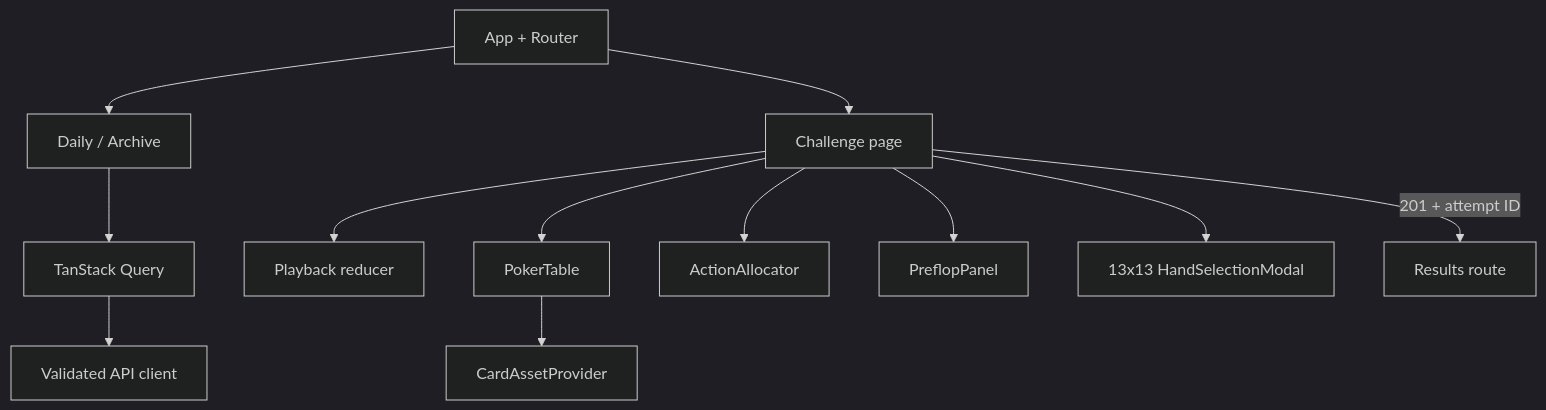
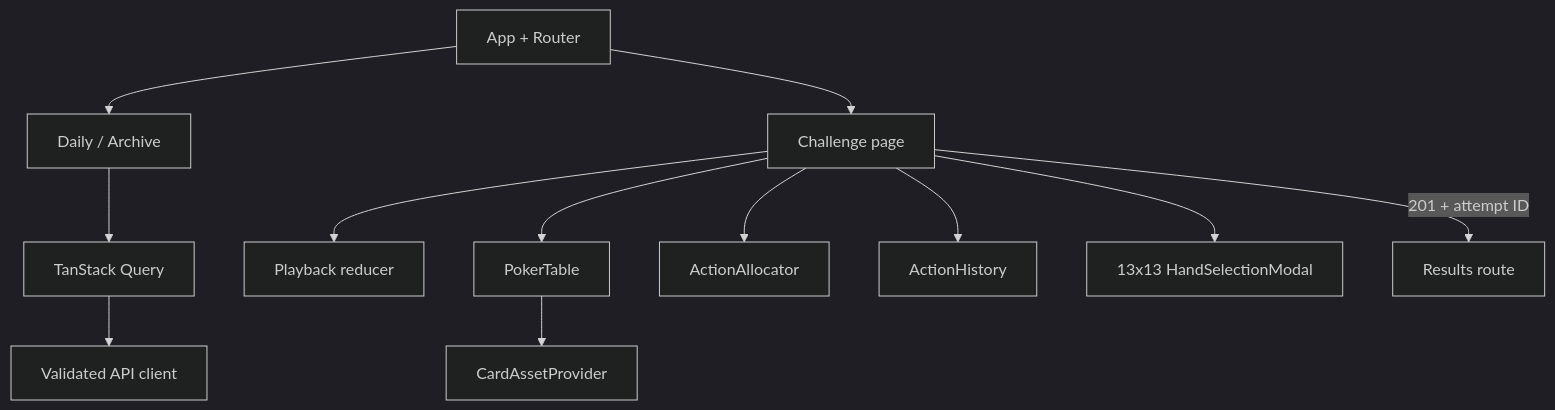
Before and after one commit to AnvithPabba/GTO-Poker-Daily-Spots-Front-End: the first of 4 diagrams in frontend-structure.md, drawn with Mermaid (dark theme). The commit also changed other lines of this file and 9 other files, not shown here.

Commit message:
feat(frontend): unify challenge action history

````diff
--- a/frontend-structure.md
+++ b/frontend-structure.md
@@ -15,14 +15,14 @@
 ```mermaid
 flowchart TD
     App[App + Router] --> Daily[Daily / Archive]
     App --> Challenge[Challenge page]
     Challenge --> Playback[Playback reducer]
     Challenge --> Table[PokerTable]
     Challenge --> Allocator[ActionAllocator]
-    Challenge --> Preflop[PreflopPanel]
+    Challenge --> History[ActionHistory]
     Challenge --> Range[13x13 HandSelectionModal]
     Challenge -->|201 + attempt ID| Results[Results route]
     Daily --> Query[TanStack Query]
     Query --> API[Validated API client]
     Table --> Cards[CardAssetProvider]
 ```
````
